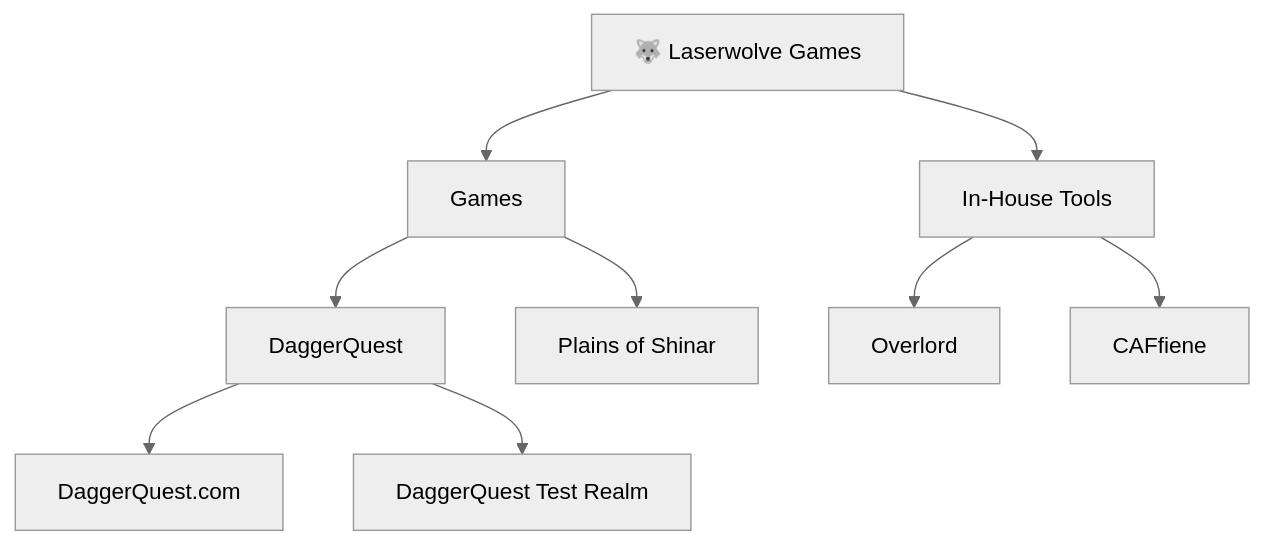
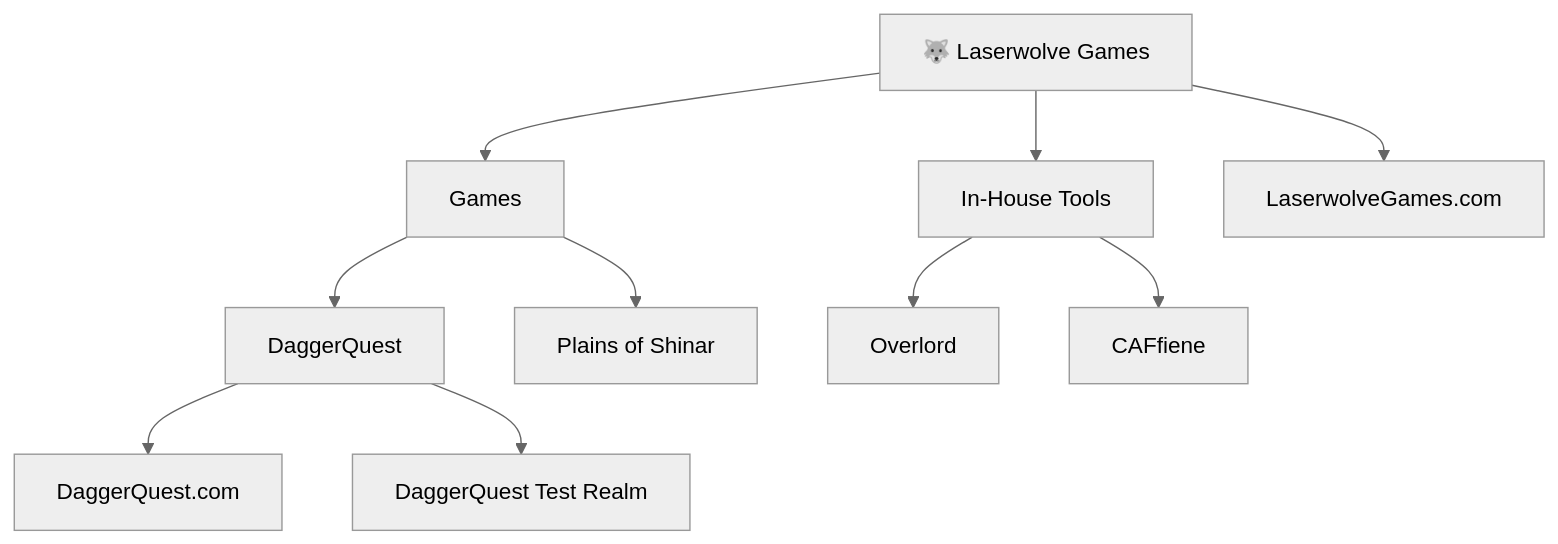
One commit to Laserwolve-Games/.github changed the diagram in profile/README.md. Above: the diagram before and after it, drawn with Mermaid (neutral theme).

````diff
--- a/profile/README.md
+++ b/profile/README.md
@@ -59,11 +59,12 @@
 ```mermaid
 graph TD
     A[🐺 Laserwolve Games] --> B[Games]
     A --> C[In-House Tools]
     B --> E[DaggerQuest]
     E --> F[DaggerQuest.com]
     E --> G[DaggerQuest Test Realm]
     B --> H[Plains of Shinar]
     C --> I[Overlord]
     C --> J[CAFfiene]
+    A --> K[LaserwolveGames.com]
 ```
````
